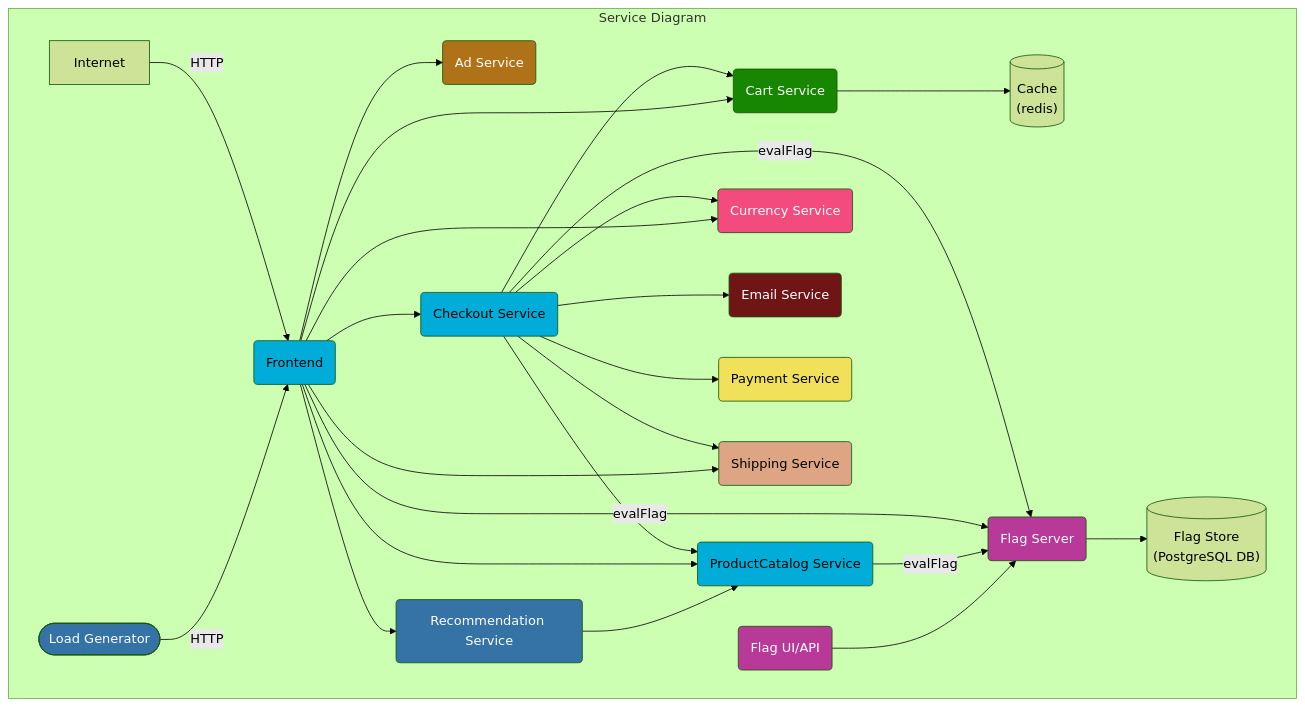
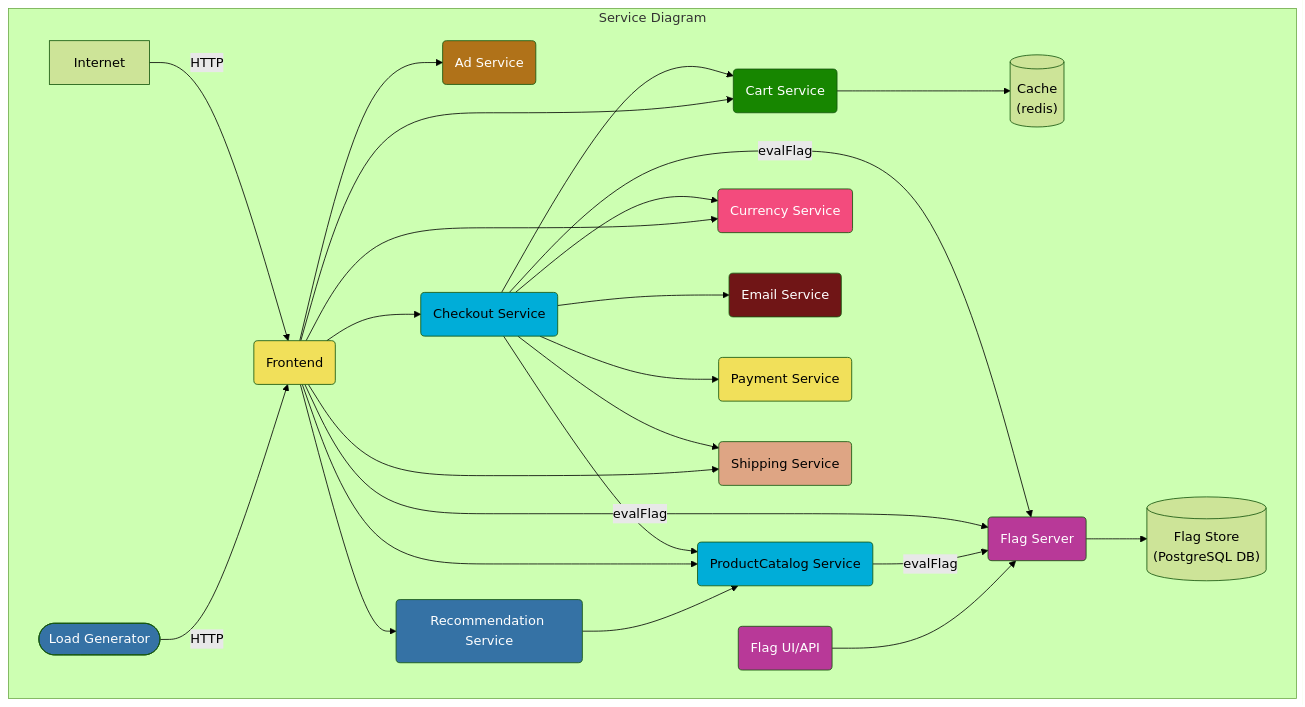
Before and after one commit to mohamed3637/opentelemetry-demo: the first of 2 diagrams in README.md, drawn with Mermaid (forest theme). The commit also changed other lines of this file, not shown here.

Commit message:
Diagram: updating frontend language to JavaScript (#312)
Updating the frontend programming language in the diagram to JavaScript.

````diff
--- a/README.md
+++ b/README.md
@@ -150,57 +150,57 @@
 ```mermaid
 graph TD
 
 subgraph Service Diagram
 adservice(Ad Service):::java
 cache[(Cache<br/>&#40redis&#41)]
 cartservice(Cart Service):::dotnet
 checkoutservice(Checkout Service):::golang
 currencyservice(Currency Service):::cpp
 emailservice(Email Service):::ruby
-frontend(Frontend):::golang
+frontend(Frontend):::javascript
 loadgenerator([Load Generator]):::python
-paymentservice(Payment Service):::nodejs
+paymentservice(Payment Service):::javascript
 productcatalogservice(ProductCatalog Service):::golang
 recommendationservice(Recommendation Service):::python
 shippingservice(Shipping Service):::rust
 
 Internet -->|HTTP| frontend
 loadgenerator -->|HTTP| frontend
 
 checkoutservice --> cartservice --> cache
 checkoutservice --> productcatalogservice
 checkoutservice --> currencyservice
 checkoutservice --> emailservice
 checkoutservice --> paymentservice
 checkoutservice --> shippingservice
 checkoutservice --> |evalFlag| featureflagbeservice
 
 frontend --> adservice
 frontend --> cartservice
 frontend --> productcatalogservice
 frontend --> checkoutservice
 frontend --> currencyservice
 frontend --> recommendationservice --> productcatalogservice
 frontend --> shippingservice
 frontend --> |evalFlag| featureflagbeservice
 
 productcatalogservice --> |evalFlag| featureflagbeservice
 
 featureflagbeservice(Flag Server):::erlang
 featureflagfeservice(Flag UI/API):::erlang
 featureflagstore[(Flag Store<br/>&#40PostgreSQL DB&#41)]
 
 featureflagfeservice --> featureflagbeservice --> featureflagstore
 
 end
 classDef java fill:#b07219,color:white;
 classDef dotnet fill:#178600,color:white;
 classDef golang fill:#00add8,color:black;
 classDef cpp fill:#f34b7d,color:white;
 classDef ruby fill:#701516,color:white;
 classDef python fill:#3572A5,color:white;
-classDef nodejs fill:#f1e05a,color:black;
+classDef javascript fill:#f1e05a,color:black;
 classDef rust fill:#dea584,color:black;
 classDef erlang fill:#b83998,color:white;
 classDef php fill:#4f5d95,color:white;
 ```
````
